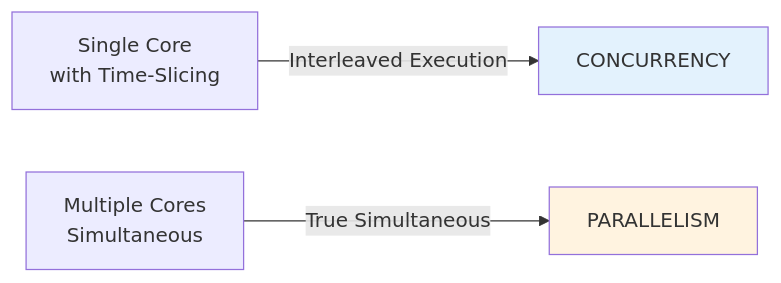
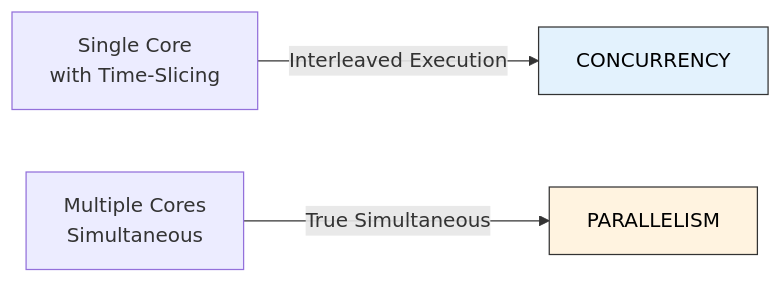
One commit to nitinkc/MultithreadingLearningHub changed the first of 3 diagrams in docs/theory/01-foundations-concurrency.md. Above: the diagram before and after it, drawn with Mermaid. The commit also changed other lines of this file and 27 other files, not shown here.

````diff
--- a/docs/theory/01-foundations-concurrency.md
+++ b/docs/theory/01-foundations-concurrency.md
@@ -55,8 +55,8 @@
 ```mermaid
 graph LR
     A["Single Core<br/>with Time-Slicing"] -->|Interleaved Execution| B["CONCURRENCY"]
     C["Multiple Cores<br/>Simultaneous"] -->|True Simultaneous| D["PARALLELISM"]
-    
-    style B fill:#e3f2fd
-    style D fill:#fff3e0
+
+    style B fill:#e3f2fd,color:#000,stroke:#333
+    style D fill:#fff3e0,color:#000,stroke:#333
 ```
````
